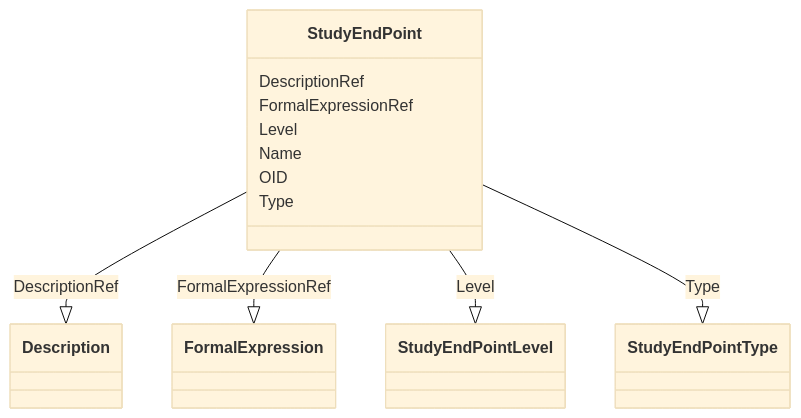
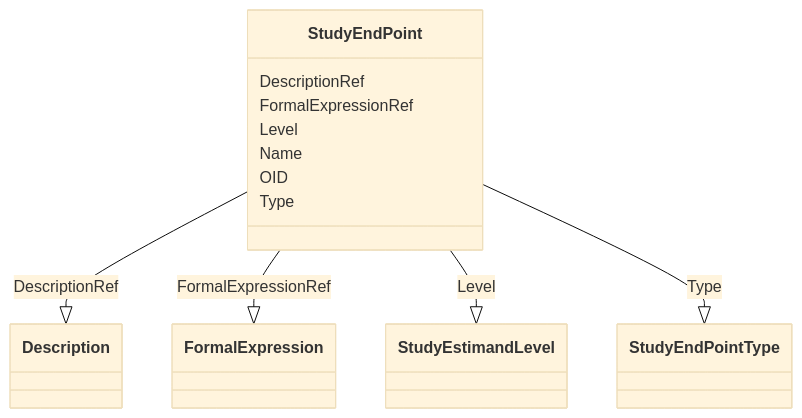
Before and after one commit to cdisc-org/DataExchange-ODM-LinkML: the diagram in docs/StudyEndPoint.md, drawn with Mermaid (base theme). The commit also changed other lines of this file and 555 other files, not shown here.

````diff
--- a/docs/StudyEndPoint.md
+++ b/docs/StudyEndPoint.md
@@ -9,25 +14,25 @@
 ```mermaid
  classDiagram
     class StudyEndPoint
       StudyEndPoint : DescriptionRef
         
           StudyEndPoint --|> Description : DescriptionRef
         
       StudyEndPoint : FormalExpressionRef
         
           StudyEndPoint --|> FormalExpression : FormalExpressionRef
         
       StudyEndPoint : Level
         
-          StudyEndPoint --|> StudyEndPointLevel : Level
+          StudyEndPoint --|> StudyEstimandLevel : Level
         
       StudyEndPoint : Name
         
       StudyEndPoint : OID
         
       StudyEndPoint : Type
         
           StudyEndPoint --|> StudyEndPointType : Type
         
       
 ```
````
